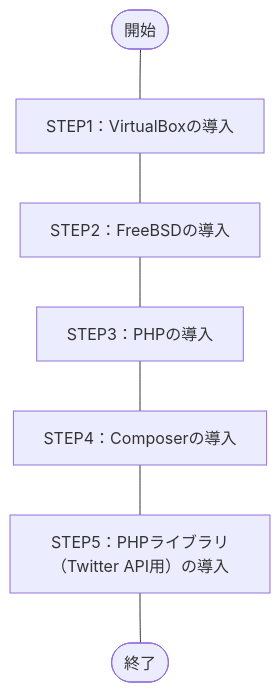
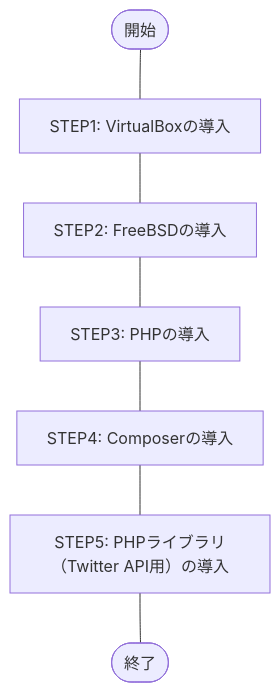
One commit to akiGAMEBOY/haretokidoki_zn changed the diagram in articles/80088a8d553b58.md. Above: the diagram before and after it, drawn with Mermaid. The commit also changed other lines of this file and 23 other files, not shown here.

````diff
--- a/articles/80088a8d553b58.md
+++ b/articles/80088a8d553b58.md
@@ -27,9 +27,9 @@
 ```mermaid
 flowchart TB
-    A(["開始"]) --- B["STEP1：VirtualBoxの導入"]
-    B --- C["STEP2：FreeBSDの導入"]
-    C --- D["STEP3：PHPの導入"]
-    D --- E["STEP4：Composerの導入"]
-    E --- F["STEP5：PHPライブラリ（Twitter API用）の導入"]
+    A(["開始"]) --- B["STEP1: VirtualBoxの導入"]
+    B --- C["STEP2: FreeBSDの導入"]
+    C --- D["STEP3: PHPの導入"]
+    D --- E["STEP4: Composerの導入"]
+    E --- F["STEP5: PHPライブラリ（Twitter API用）の導入"]
     F --- G(["終了"])
 ```
````
